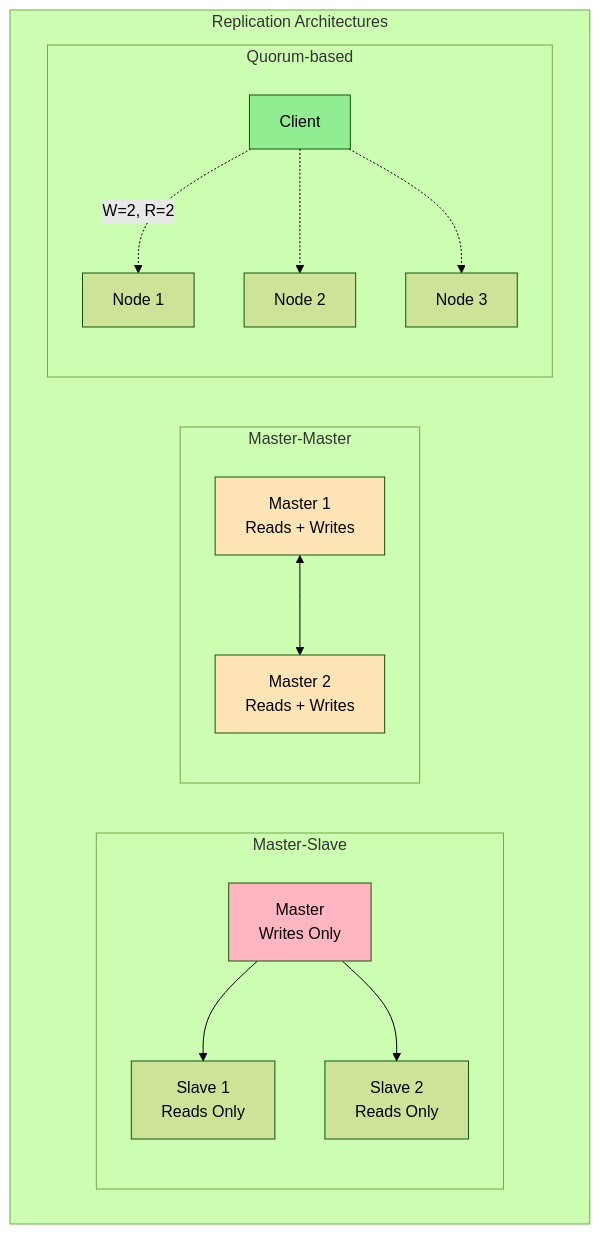
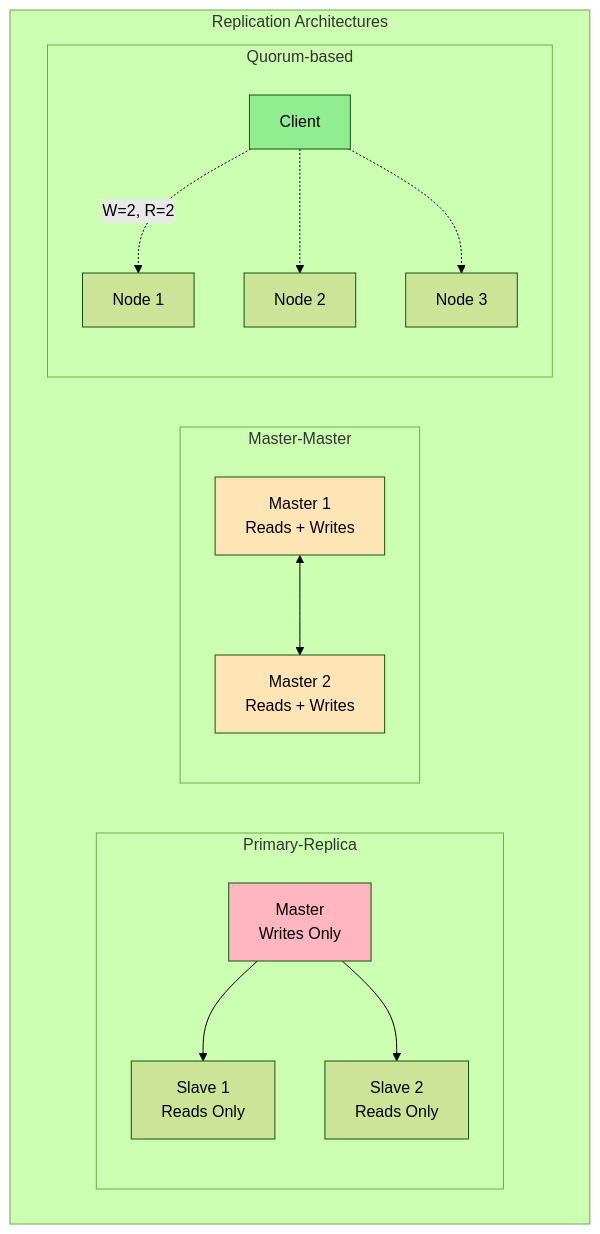
The third of 5 diagrams in docs/core-principles/pillars/state-distribution.md (deepaucksharma/DStudio), drawn with Mermaid (forest theme) before and after one commit. The commit also changed other lines of this file and 186 other files, not shown here.

````diff
--- a/docs/core-principles/pillars/state-distribution.md
+++ b/docs/core-principles/pillars/state-distribution.md
@@ -90,33 +90,33 @@
 ```mermaid
 graph TB
     subgraph "Replication Architectures"
-        subgraph "Master-Slave"
+        subgraph "Primary-Replica"
             MS_Master[Master<br/>Writes Only]
             MS_Slave1[Slave 1<br/>Reads Only]
             MS_Slave2[Slave 2<br/>Reads Only] 
             MS_Master --> MS_Slave1
             MS_Master --> MS_Slave2
         end
         
         subgraph "Master-Master"
             MM_Master1[Master 1<br/>Reads + Writes]
             MM_Master2[Master 2<br/>Reads + Writes]
             MM_Master1 <--> MM_Master2
         end
         
         subgraph "Quorum-based"
             Q_Node1[Node 1]
             Q_Node2[Node 2]
             Q_Node3[Node 3]
             Q_Client[Client]
             Q_Client -.->|W=2, R=2| Q_Node1
             Q_Client -.-> Q_Node2
             Q_Client -.-> Q_Node3
         end
     end
     
     style MS_Master fill:#FFB6C1
     style MM_Master1 fill:#FFE4B5
     style MM_Master2 fill:#FFE4B5
     style Q_Client fill:#90EE90
 ```
````
